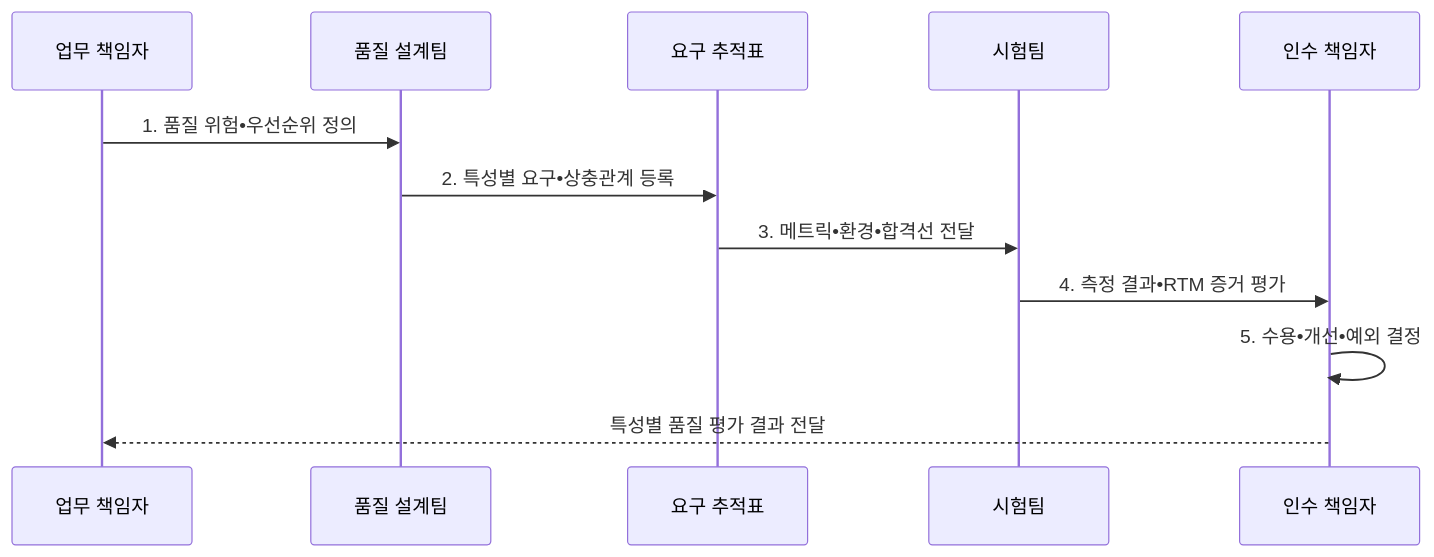
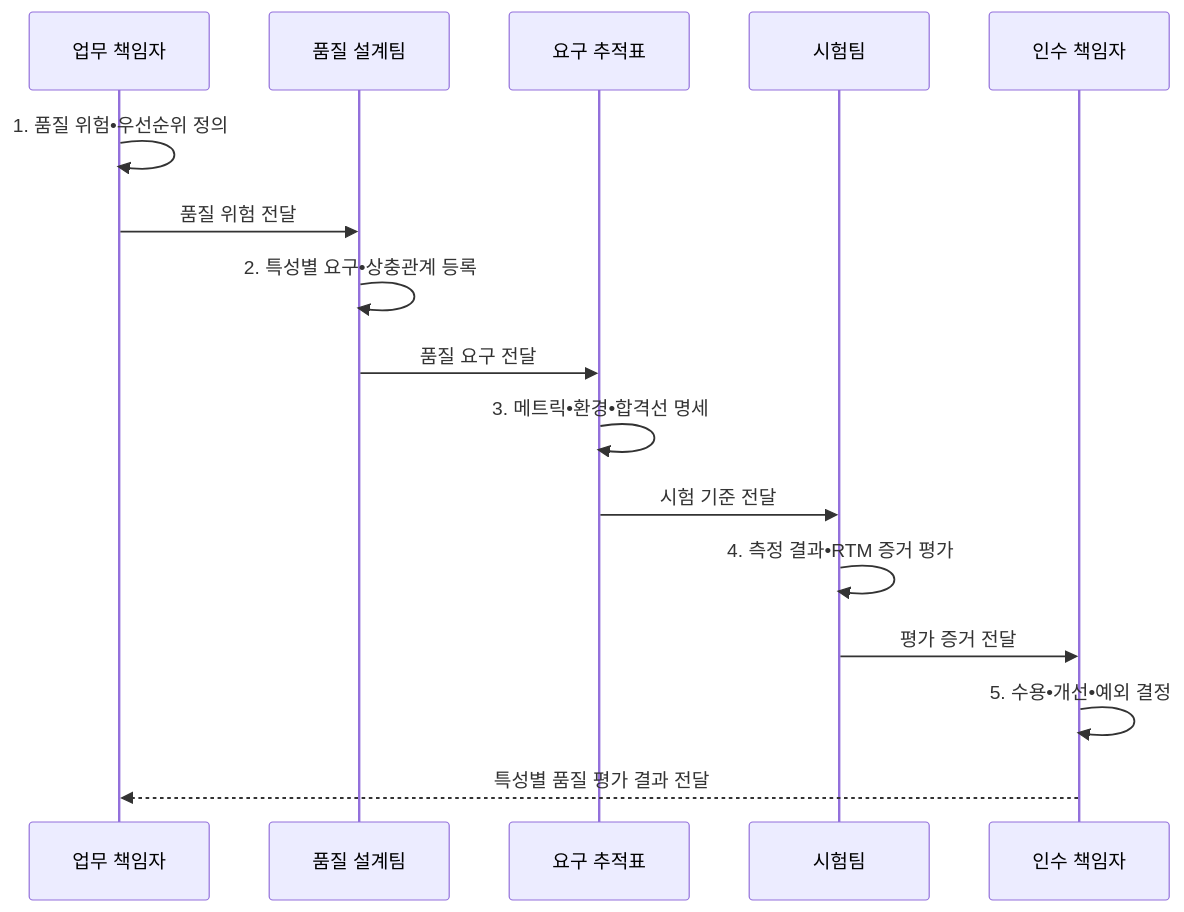
Before and after one commit to agnusdei1207/knowledge-base: the second of 2 diagrams in src/content/docs/notes/06-evaluation/030_quality_characteristics.md, drawn with Mermaid. The commit also changed other lines of this file and 20 other files, not shown here.

````diff
--- a/src/content/docs/notes/06-evaluation/030_quality_characteristics.md
+++ b/src/content/docs/notes/06-evaluation/030_quality_characteristics.md
@@ -106,14 +106,18 @@
 ```mermaid
 sequenceDiagram
   participant B as 업무 책임자
   participant Q as 품질 설계팀
   participant R as 요구 추적표
   participant T as 시험팀
   participant A as 인수 책임자
-  B->>Q: 1. 품질 위험•우선순위 정의
-  Q->>R: 2. 특성별 요구•상충관계 등록
-  R->>T: 3. 메트릭•환경•합격선 전달
-  T->>A: 4. 측정 결과•RTM 증거 평가
+  B->>B: 1. 품질 위험•우선순위 정의
+  B->>Q: 품질 위험 전달
+  Q->>Q: 2. 특성별 요구•상충관계 등록
+  Q->>R: 품질 요구 전달
+  R->>R: 3. 메트릭•환경•합격선 명세
+  R->>T: 시험 기준 전달
+  T->>T: 4. 측정 결과•RTM 증거 평가
+  T->>A: 평가 증거 전달
   A->>A: 5. 수용•개선•예외 결정
   A-->>B: 특성별 품질 평가 결과 전달
 ```
````
